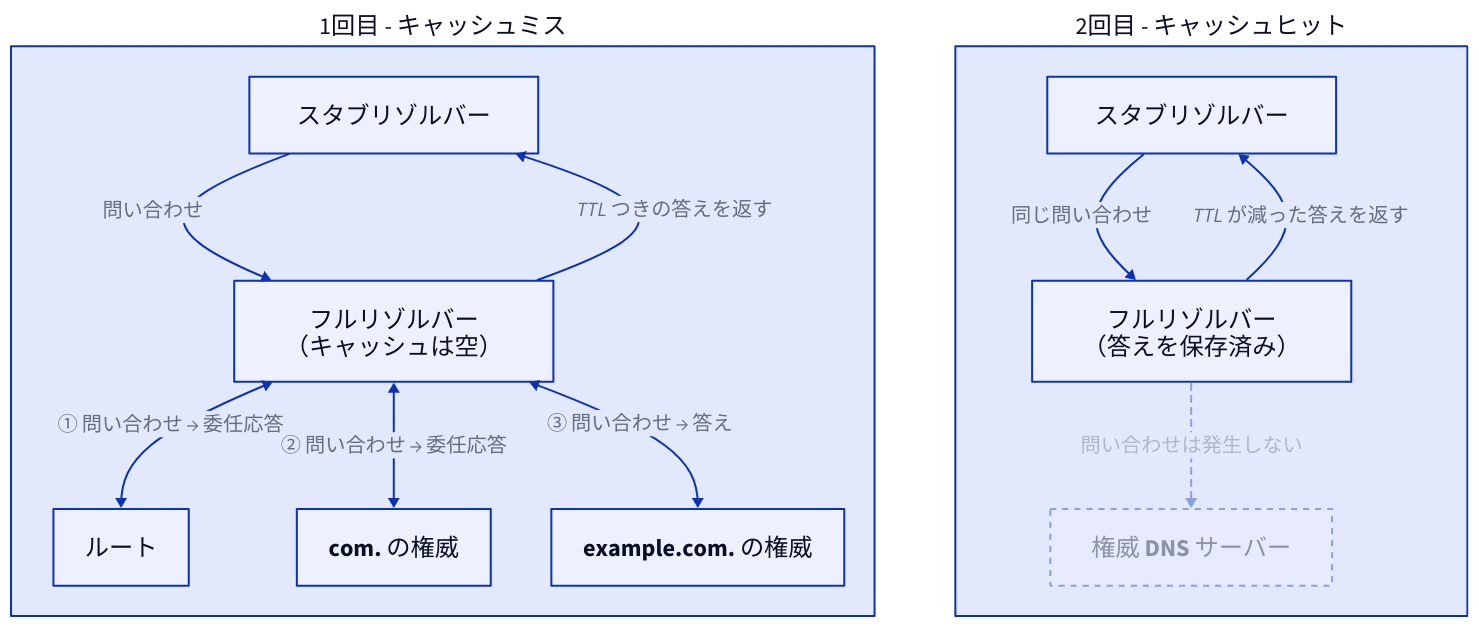
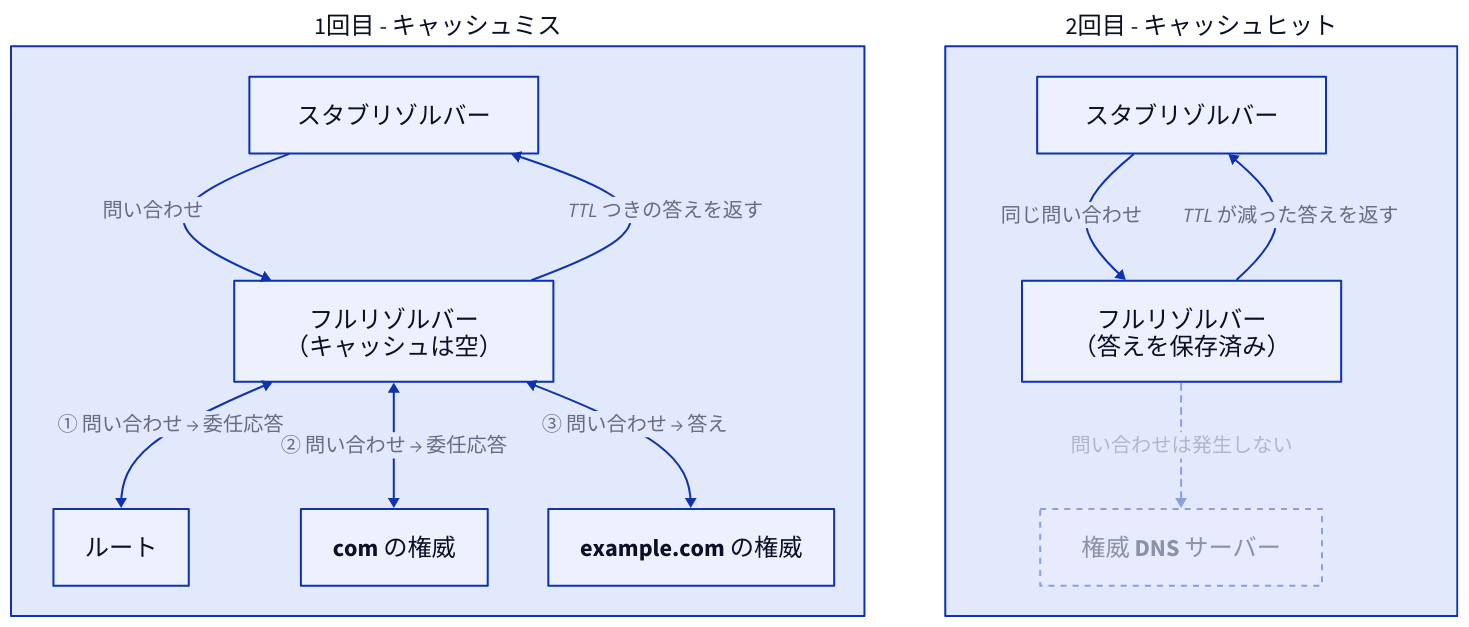
Before and after one commit to tsutsu3/unbound-nyumon: the diagram in figures/01-dns-minimum/03-resolution-cache.d2, drawn with D2. The commit also changed 7 other files, not shown here.

```diff
--- a/figures/01-dns-minimum/03-resolution-cache.d2
+++ b/figures/01-dns-minimum/03-resolution-cache.d2
@@ -1,40 +1,40 @@
 # 図3 cache miss と cache hit の比較
 
 # 本文に載せるときは高さで縮むため、図の中の文字を相対的に大きくしておく。
 **.style.font-size: 24
 (** -> **)[*].style.font-size: 20
 (** <-> **)[*].style.font-size: 20
 grid-columns: 2
 grid-gap: 80
 
 miss: 1回目 - キャッシュミス {
   direction: down
   stub: スタブリゾルバー
   full: フルリゾルバー\n（キャッシュは空）
   root: ルート
-  tld: com. の権威
-  apex: example.com. の権威
+  tld: com の権威
+  apex: example.com の権威
 
   stub -> full: 問い合わせ
   full <-> root: ① 問い合わせ → 委任応答
   full <-> tld: ② 問い合わせ → 委任応答
   full <-> apex: ③ 問い合わせ → 答え
   full -> stub: TTL つきの答えを返す
 }
 
 hit: 2回目 - キャッシュヒット {
   direction: down
   stub: スタブリゾルバー
   full: フルリゾルバー\n（答えを保存済み）
   auth: 権威 DNS サーバー {
     style.stroke-dash: 3
     style.opacity: 0.4
   }
 
   stub -> full: 同じ問い合わせ
   full -> stub: TTL が減った答えを返す
   full -> auth: 問い合わせは発生しない {
     style.stroke-dash: 3
     style.opacity: 0.4
   }
 }
```
